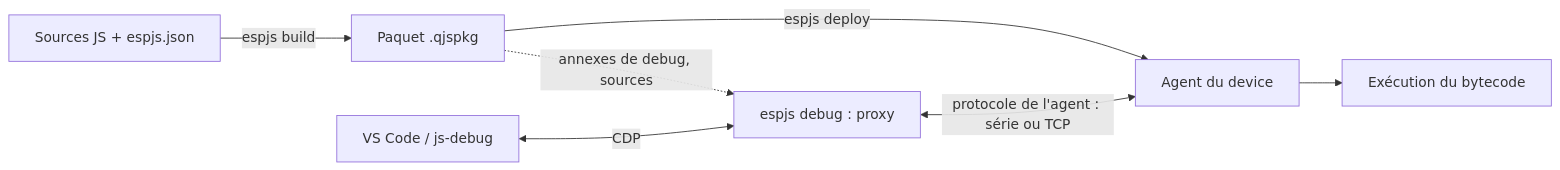
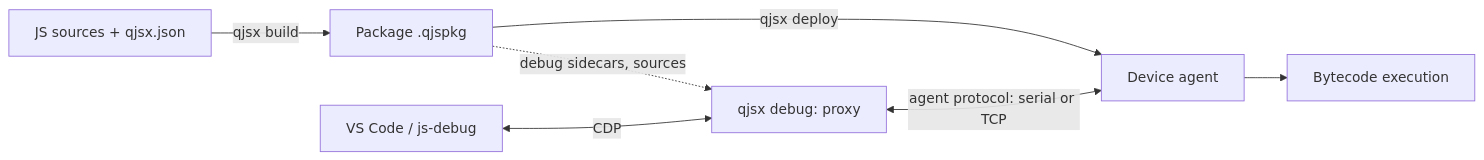
One commit to rlibre/qjsx changed the diagram in doc/architecture.md. Above: the diagram before and after it, drawn with Mermaid. The commit also changed other lines of this file and 108 other files, not shown here.

````diff
--- a/doc/architecture.md
+++ b/doc/architecture.md
@@ -98,9 +98,9 @@
 ```mermaid
 flowchart LR
-    SRC[Sources JS + espjs.json] -->|espjs build| PKG[Paquet .qjspkg]
-    PKG -->|espjs deploy| AG[Agent du device]
-    AG --> RUN[Exécution du bytecode]
-    VSC[VS Code / js-debug] <-->|CDP| PROXY[espjs debug : proxy]
-    PROXY <-->|protocole de l'agent : série ou TCP| AG
-    PKG -.->|annexes de debug, sources| PROXY
+    SRC[JS sources + qjsx.json] -->|qjsx build| PKG[Package .qjspkg]
+    PKG -->|qjsx deploy| AG[Device agent]
+    AG --> RUN[Bytecode execution]
+    VSC[VS Code / js-debug] <-->|CDP| PROXY[qjsx debug: proxy]
+    PROXY <-->|agent protocol: serial or TCP| AG
+    PKG -.->|debug sidecars, sources| PROXY
 ```
````
